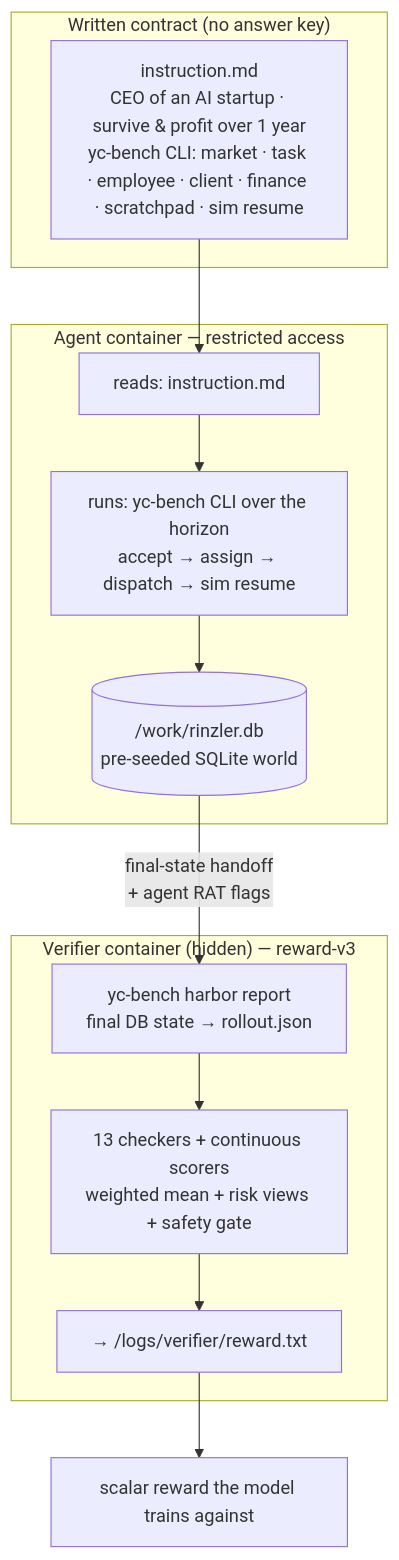
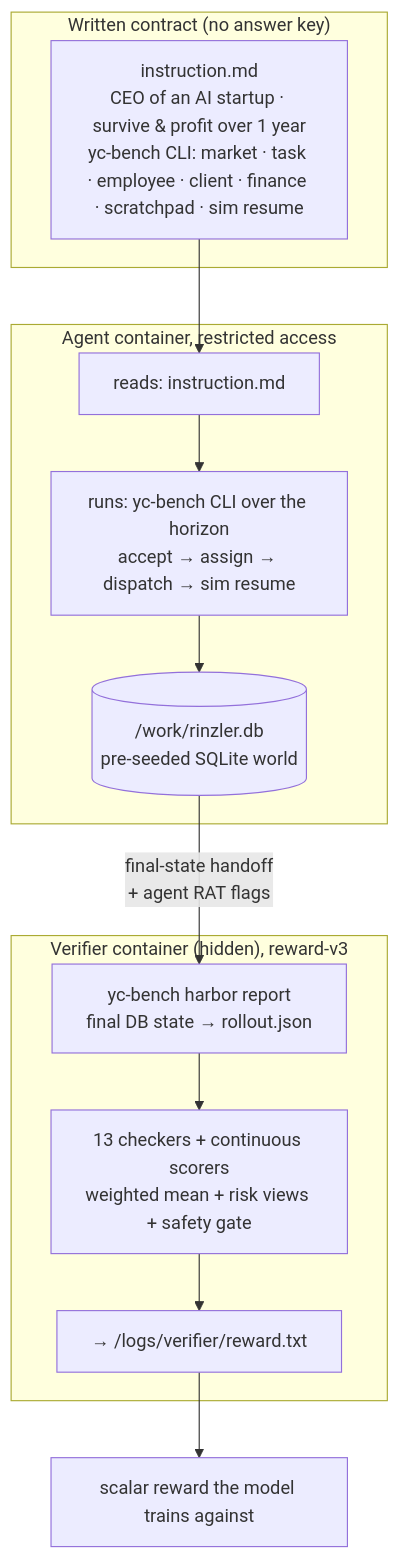
The second of 3 diagrams in README.md (EtharaOrion/rinzler-samples), drawn with Mermaid before and after one commit. The commit also changed other lines of this file, not shown here.

````diff
--- a/README.md
+++ b/README.md
@@ -34,20 +34,20 @@
 ```mermaid
 flowchart TB
     subgraph spec["Written contract (no answer key)"]
         instr["instruction.md<br/>CEO of an AI startup · survive & profit over 1 year<br/>yc-bench CLI: market · task · employee · client · finance · scratchpad · sim resume"]
     end
 
-    subgraph agentbox["Agent container — restricted access"]
+    subgraph agentbox["Agent container, restricted access"]
         reads["reads: instruction.md"] --> acts["runs: yc-bench CLI over the horizon<br/>accept → assign → dispatch → sim resume"]
         acts --> db[("/work/rinzler.db<br/>pre-seeded SQLite world")]
     end
 
-    subgraph verifierbox["Verifier container (hidden) — reward-v3"]
+    subgraph verifierbox["Verifier container (hidden), reward-v3"]
         report["yc-bench harbor report<br/>final DB state → rollout.json"] --> grade["13 checkers + continuous scorers<br/>weighted mean + risk views + safety gate"]
         grade --> rewardtxt["→ /logs/verifier/reward.txt"]
     end
 
     instr --> reads
     db -->|"final-state handoff<br/>+ agent RAT flags"| report
     rewardtxt --> reward["scalar reward the model trains against"]
 ```
````
